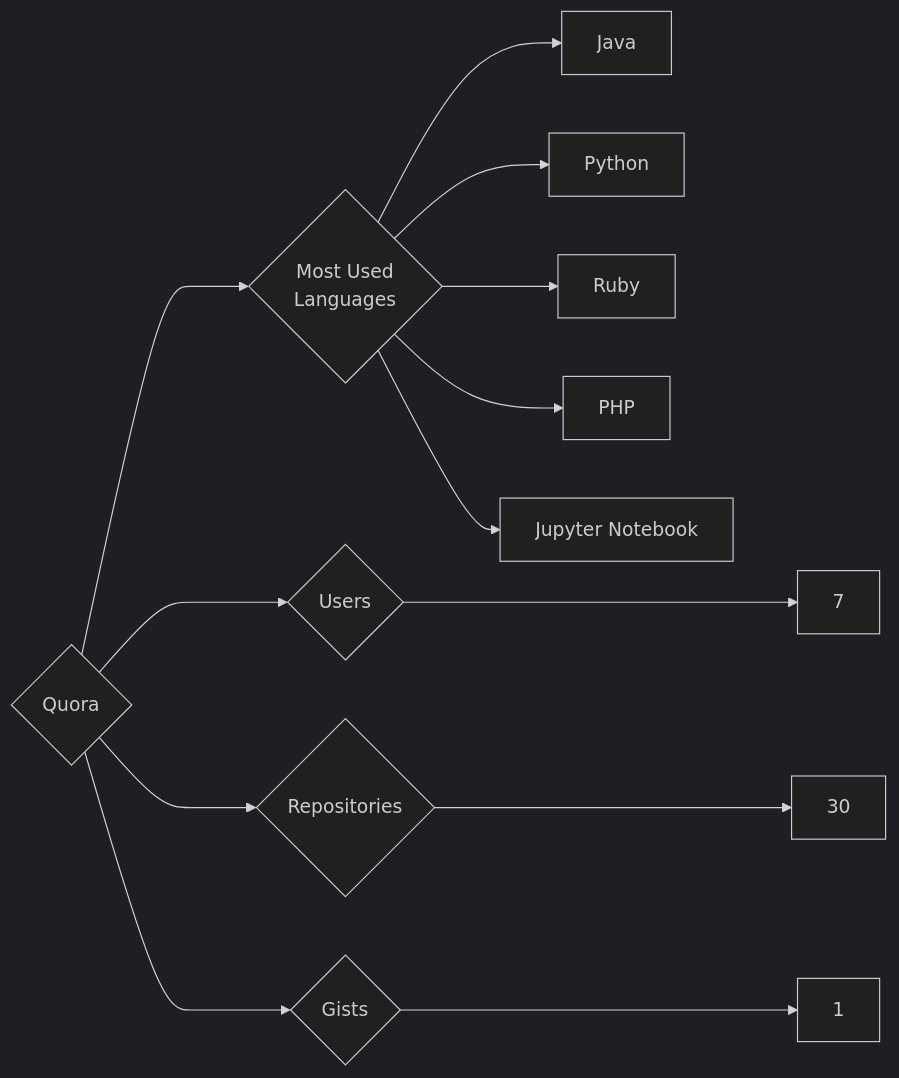
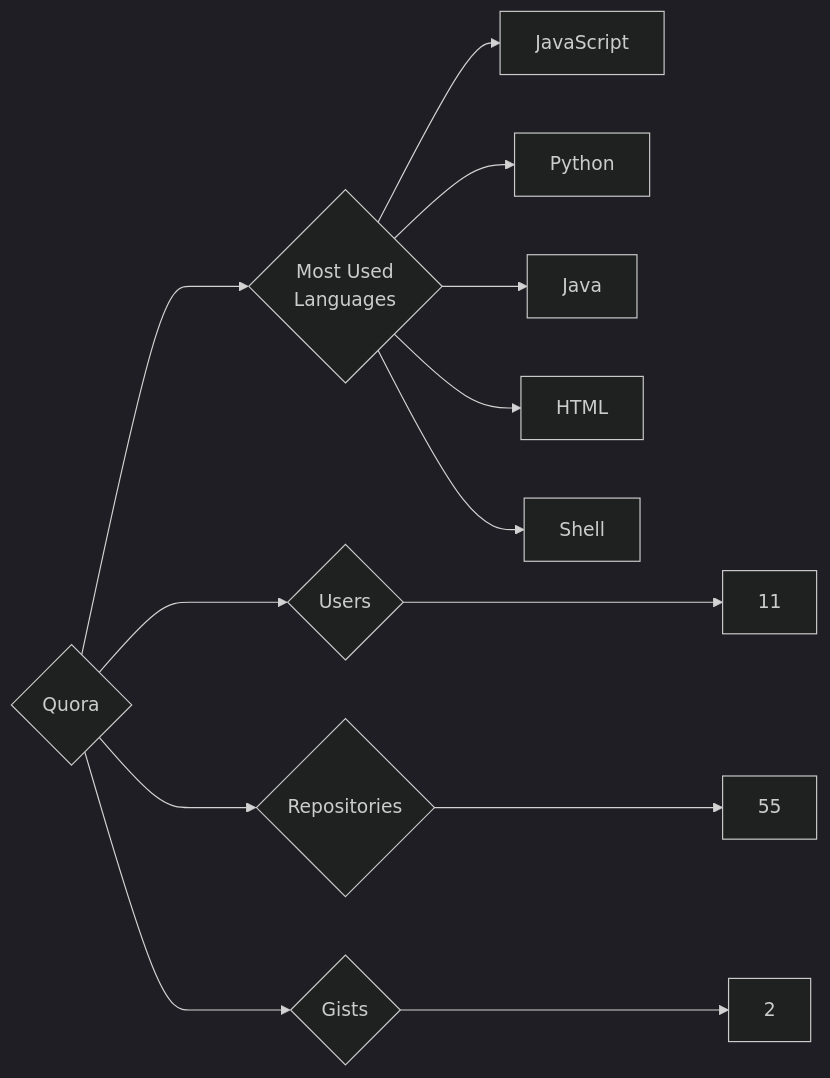
Before and after one commit to trickest/insiders: the diagram in targets/Quora/README.md, drawn with Mermaid (dark theme). The commit also changed 965 other files, not shown here.

````diff
--- a/targets/Quora/README.md
+++ b/targets/Quora/README.md
@@ -3,13 +3,13 @@
 ```mermaid
 graph LR
 COMPANY_NAME{Quora}
-COMPANY_NAME ---> U{Users} ---> UN[7]
-COMPANY_NAME ---> R{Repositories} ---> RN[30]
-COMPANY_NAME ---> G{Gists} ---> GN[1]
+COMPANY_NAME ---> U{Users} ---> UN[11]
+COMPANY_NAME ---> R{Repositories} ---> RN[55]
+COMPANY_NAME ---> G{Gists} ---> GN[2]
 COMPANY_NAME ---> ML{Most Used<br>Languages}
+ML --> JavaScript[JavaScript]
+ML --> Python[Python]
 ML --> Java[Java]
-ML --> Python[Python]
-ML --> Ruby[Ruby]
-ML --> PHP[PHP]
-ML --> Jupyter_Notebook[Jupyter Notebook]
+ML --> HTML[HTML]
+ML --> Shell[Shell]
 ```
````
